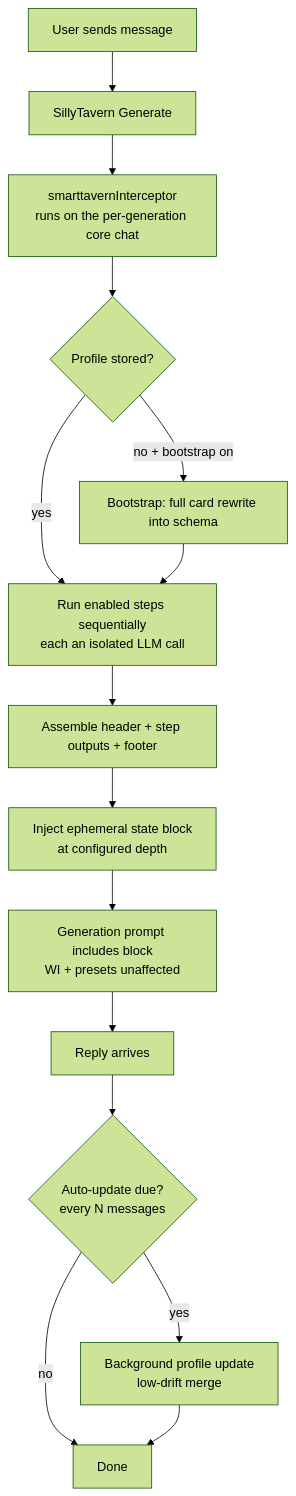
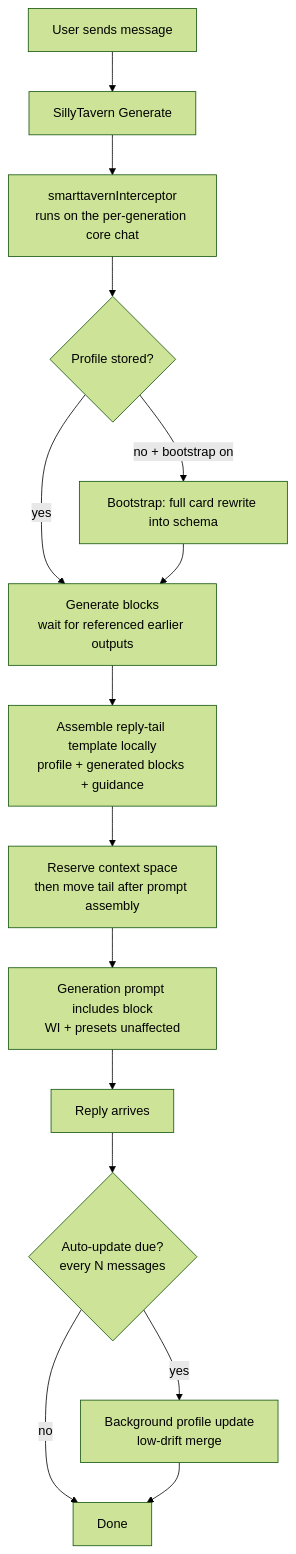
One commit to Blvcknx/SmartTavern changed the diagram in README.md. Above: the diagram before and after it, drawn with Mermaid (forest theme). The commit also changed other lines of this file and 9 other files, not shown here.

````diff
--- a/README.md
+++ b/README.md
@@ -35,17 +35,17 @@
 ```mermaid
 flowchart TD
     A[User sends message] --> B[SillyTavern Generate]
     B --> C[smarttavernInterceptor<br/>runs on the per-generation core chat]
     C --> D{Profile stored?}
     D -- no + bootstrap on --> E[Bootstrap: full card rewrite into schema]
     D -- yes --> F
-    E --> F[Run enabled steps sequentially<br/>each an isolated LLM call]
-    F --> G[Assemble header + step outputs + footer]
-    G --> H[Inject ephemeral state block<br/>at configured depth]
+    E --> F[Generate blocks<br/>wait for referenced earlier outputs]
+    F --> G[Assemble reply-tail template locally<br/>profile + generated blocks + guidance]
+    G --> H[Reserve context space<br/>then move tail after prompt assembly]
     H --> I[Generation prompt includes block<br/>WI + presets unaffected]
     I --> J[Reply arrives]
     J --> K{Auto-update due?<br/>every N messages}
     K -- yes --> L[Background profile update<br/>low-drift merge]
     K -- no --> M[Done]
     L --> M
 ```
````
